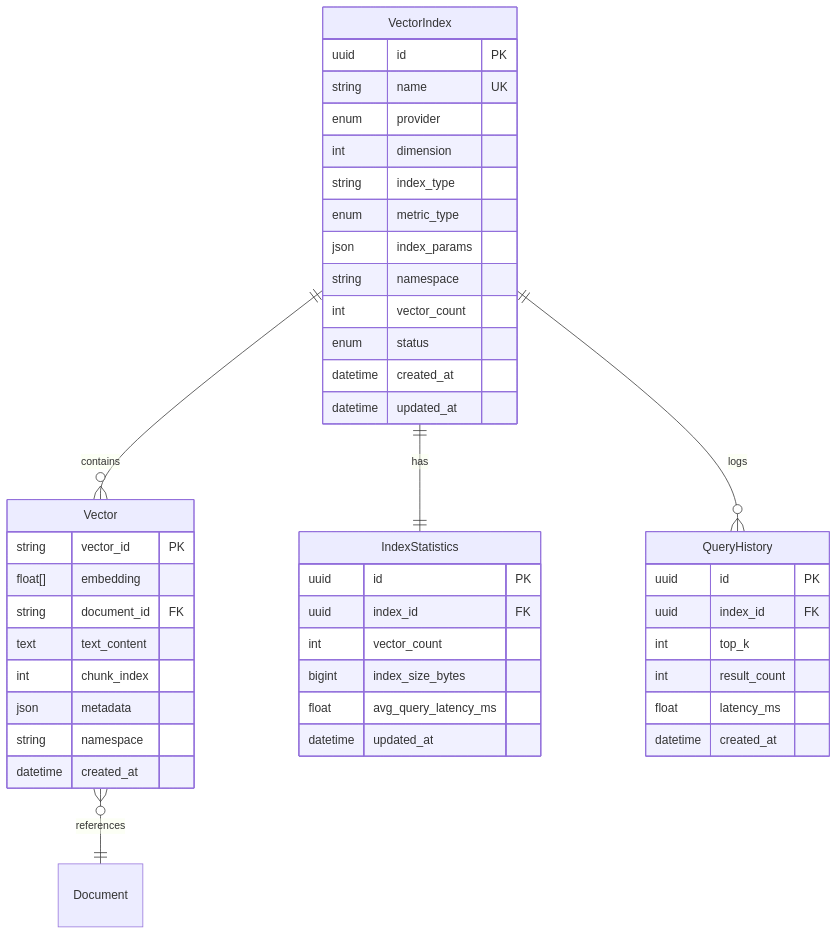
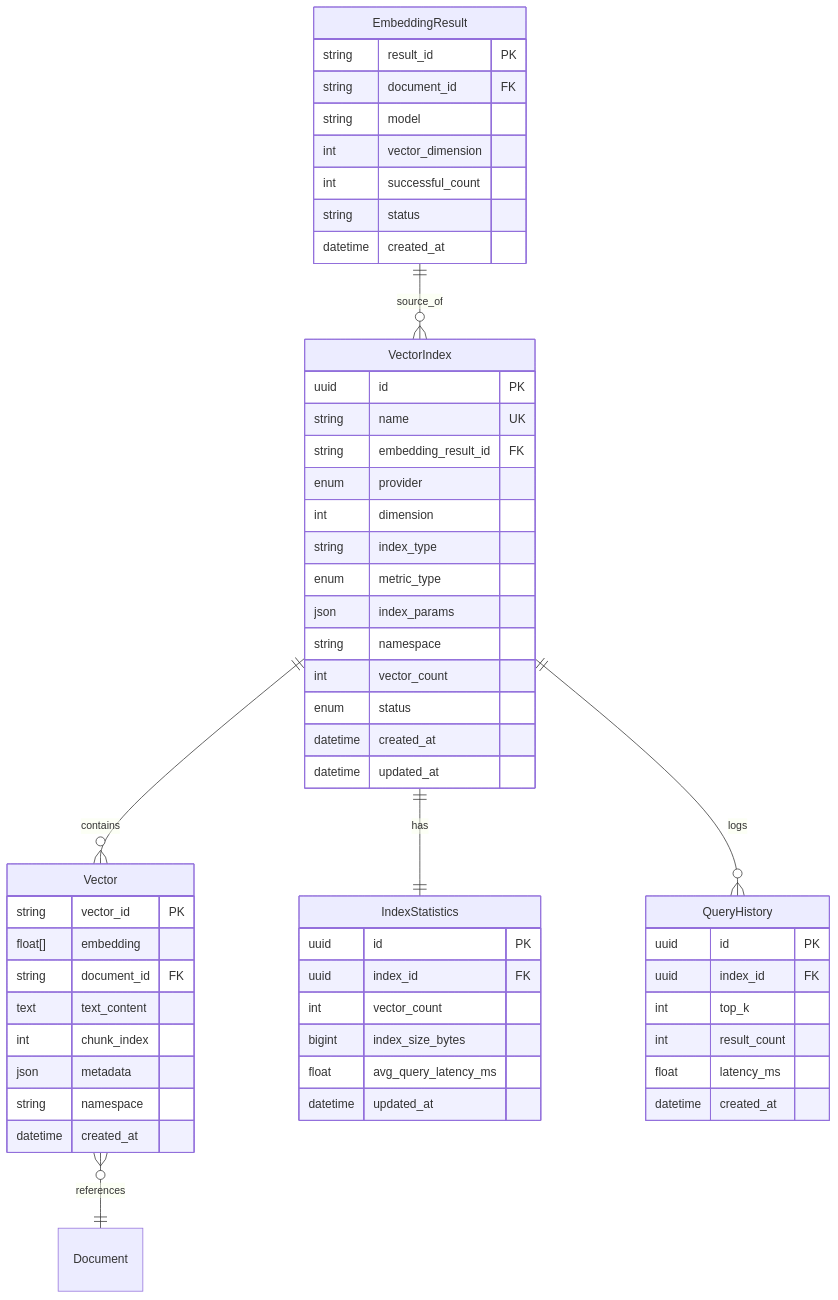
Before and after one commit to qingni/rag-pipeline-hub: the diagram in specs/004-vector-index/data-model.md, drawn with Mermaid. The commit also changed other lines of this file and 21 other files, not shown here.

````diff
--- a/specs/004-vector-index/data-model.md
+++ b/specs/004-vector-index/data-model.md
@@ -225,51 +225,63 @@
 ```mermaid
 erDiagram
+    EmbeddingResult ||--o{ VectorIndex : "source_of"
     VectorIndex ||--o{ Vector : contains
     VectorIndex ||--|| IndexStatistics : has
     VectorIndex ||--o{ QueryHistory : logs
     Vector }o--|| Document : references
     
+    EmbeddingResult {
+        string result_id PK
+        string document_id FK
+        string model
+        int vector_dimension
+        int successful_count
+        string status
+        datetime created_at
+    }
+    
     VectorIndex {
         uuid id PK
         string name UK
+        string embedding_result_id FK
         enum provider
         int dimension
         string index_type
         enum metric_type
         json index_params
         string namespace
         int vector_count
         enum status
         datetime created_at
         datetime updated_at
     }
     
     Vector {
         string vector_id PK
         float[] embedding
         string document_id FK
         text text_content
         int chunk_index
         json metadata
         string namespace
         datetime created_at
     }
     
     IndexStatistics {
         uuid id PK
         uuid index_id FK
         int vector_count
         bigint index_size_bytes
         float avg_query_latency_ms
         datetime updated_at
     }
     
     QueryHistory {
         uuid id PK
         uuid index_id FK
         int top_k
         int result_count
         float latency_ms
         datetime created_at
     }
 ```
````
